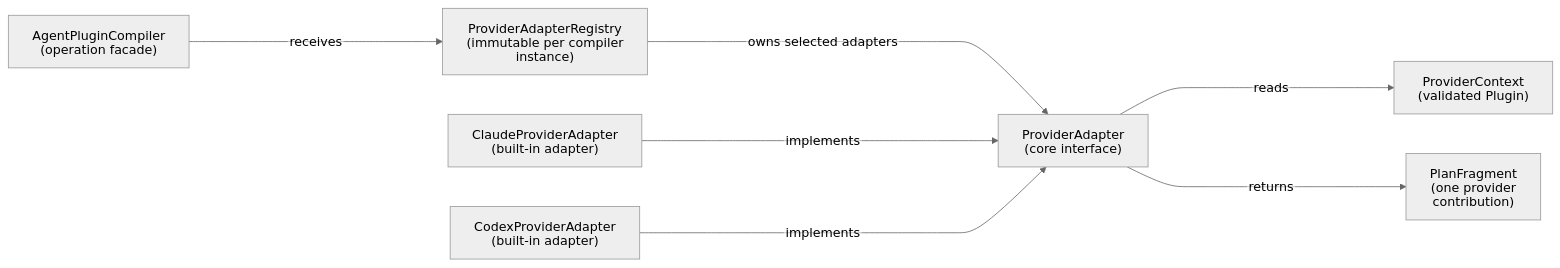
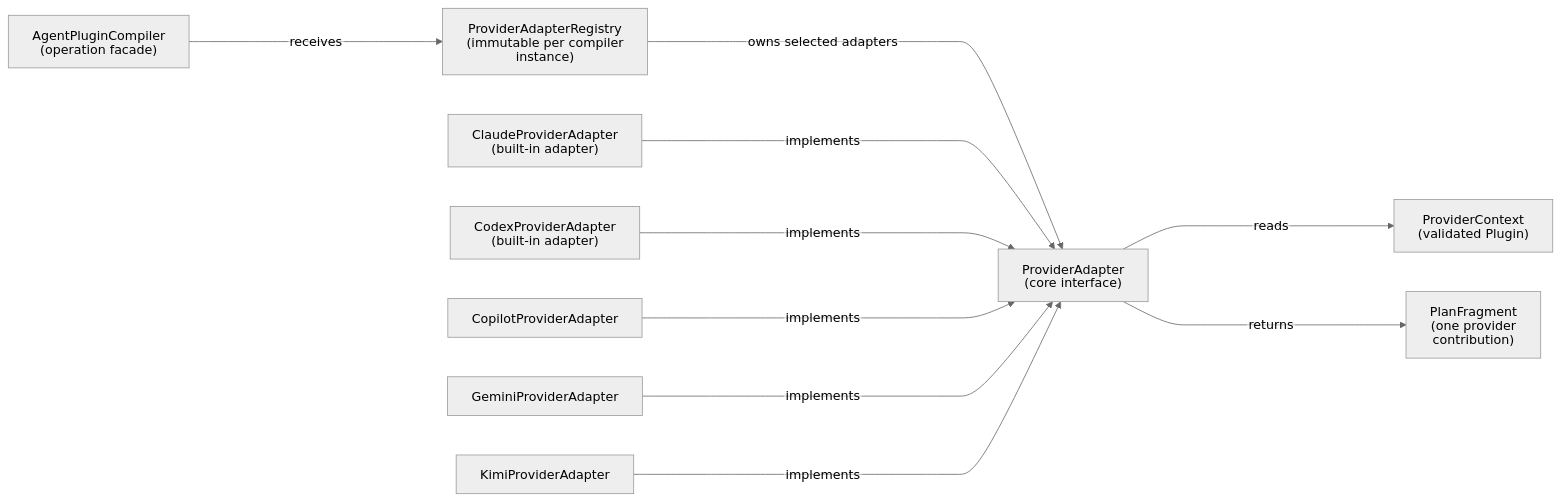
One commit to fam-tung-lam/ptlam-agent-plugin-compiler changed the fourth of 8 diagrams in docs/ARCHITECTURE.md. Above: the diagram before and after it, drawn with Mermaid (neutral theme). The commit also changed other lines of this file and 38 other files, not shown here.

First line of the commit message:
feat(providers): add Copilot Gemini and Kimi support

````diff
--- a/docs/ARCHITECTURE.md
+++ b/docs/ARCHITECTURE.md
@@ -223,42 +224,48 @@
 ```mermaid
 ---
 config:
   htmlLabels: false
 ---
 flowchart LR
     AgentPluginCompiler["`
         AgentPluginCompiler
         (operation facade)
     `"]
     ProviderAdapterRegistry["`
         ProviderAdapterRegistry
         (immutable per compiler instance)
     `"]
     ProviderAdapter["`
         ProviderAdapter
         (core interface)
     `"]
     ClaudeProviderAdapter["`
         ClaudeProviderAdapter
         (built-in adapter)
     `"]
     CodexProviderAdapter["`
         CodexProviderAdapter
         (built-in adapter)
     `"]
+    CopilotProviderAdapter["`CopilotProviderAdapter`"]
+    GeminiProviderAdapter["`GeminiProviderAdapter`"]
+    KimiProviderAdapter["`KimiProviderAdapter`"]
     ProviderContext["`
         ProviderContext
         (validated Plugin)
     `"]
     PlanFragment["`
         PlanFragment
         (one provider contribution)
     `"]
 
     AgentPluginCompiler ------>|"`receives`"| ProviderAdapterRegistry
     ProviderAdapterRegistry ------>|"`owns selected adapters`"| ProviderAdapter
     ClaudeProviderAdapter ------>|"`implements`"| ProviderAdapter
     CodexProviderAdapter ------>|"`implements`"| ProviderAdapter
+    CopilotProviderAdapter ------>|"`implements`"| ProviderAdapter
+    GeminiProviderAdapter ------>|"`implements`"| ProviderAdapter
+    KimiProviderAdapter ------>|"`implements`"| ProviderAdapter
     ProviderAdapter ------>|"`reads`"| ProviderContext
     ProviderAdapter ------>|"`returns`"| PlanFragment
 ```
````
